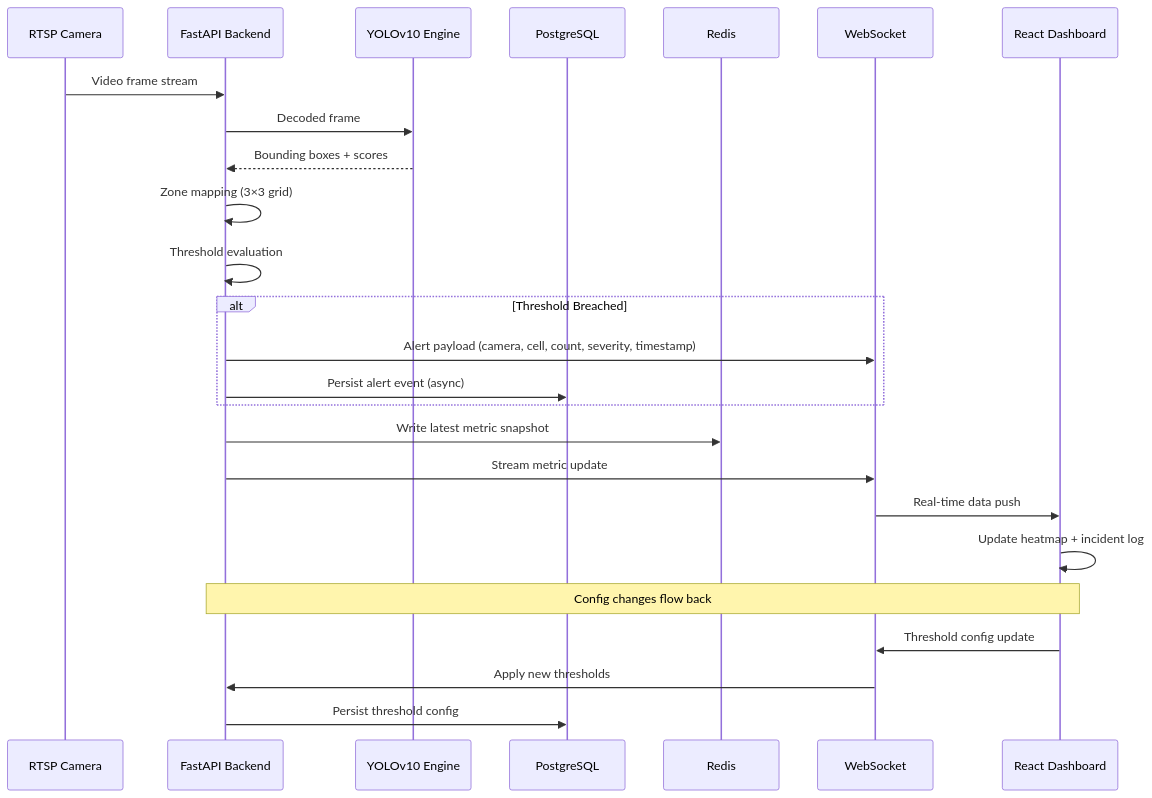
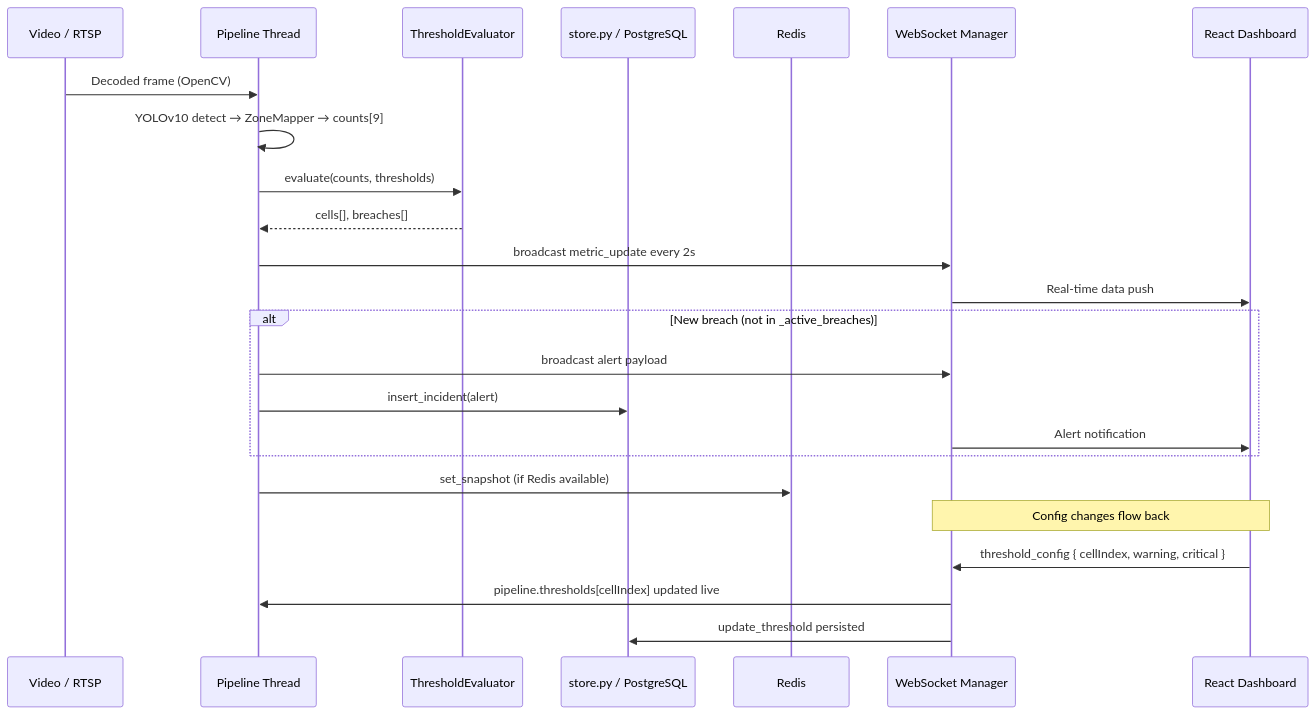
One commit to DarkSire7/ARGUS changed the seventh of 7 diagrams in SYSTEM_ARCHITECTURE.md. Above: the diagram before and after it, drawn with Mermaid. The commit also changed other lines of this file and 2 other files, not shown here.

First line of the commit message:
feat: admin interface live data + architecture doc v2.0

````diff
--- a/SYSTEM_ARCHITECTURE.md
+++ b/SYSTEM_ARCHITECTURE.md
@@ -547,31 +526,31 @@
 ```mermaid
 sequenceDiagram
-    participant CAM as RTSP Camera
-    participant API as FastAPI Backend
-    participant YOLO as YOLOv10 Engine
-    participant PG as PostgreSQL
+    participant CAM as Video / RTSP
+    participant PIPE as Pipeline Thread
+    participant EVAL as ThresholdEvaluator
+    participant STORE as store.py / PostgreSQL
     participant RD as Redis
-    participant WS as WebSocket
+    participant WS as WebSocket Manager
     participant UI as React Dashboard
 
-    CAM->>API: Video frame stream
-    API->>YOLO: Decoded frame
-    YOLO-->>API: Bounding boxes + scores
-    API->>API: Zone mapping (3×3 grid)
-    API->>API: Threshold evaluation
+    CAM->>PIPE: Decoded frame (OpenCV)
+    PIPE->>PIPE: YOLOv10 detect → ZoneMapper → counts[9]
+    PIPE->>EVAL: evaluate(counts, thresholds)
+    EVAL-->>PIPE: cells[], breaches[]
 
-    alt Threshold Breached
-        API->>WS: Alert payload (camera, cell, count, severity, timestamp)
-        API->>PG: Persist alert event (async)
+    PIPE->>WS: broadcast metric_update every 2s
+    WS->>UI: Real-time data push
+
+    alt New breach (not in _active_breaches)
+        PIPE->>WS: broadcast alert payload
+        PIPE->>STORE: insert_incident(alert)
+        WS->>UI: Alert notification
     end
 
-    API->>RD: Write latest metric snapshot
-    API->>WS: Stream metric update
-    WS->>UI: Real-time data push
-    UI->>UI: Update heatmap + incident log
+    PIPE->>RD: set_snapshot (if Redis available)
 
-    Note over UI,API: Config changes flow back
-    UI->>WS: Threshold config update
-    WS->>API: Apply new thresholds
-    API->>PG: Persist threshold config
+    Note over UI,WS: Config changes flow back
+    UI->>WS: threshold_config { cellIndex, warning, critical }
+    WS->>PIPE: pipeline.thresholds[cellIndex] updated live
+    WS->>STORE: update_threshold persisted
 ```
````
